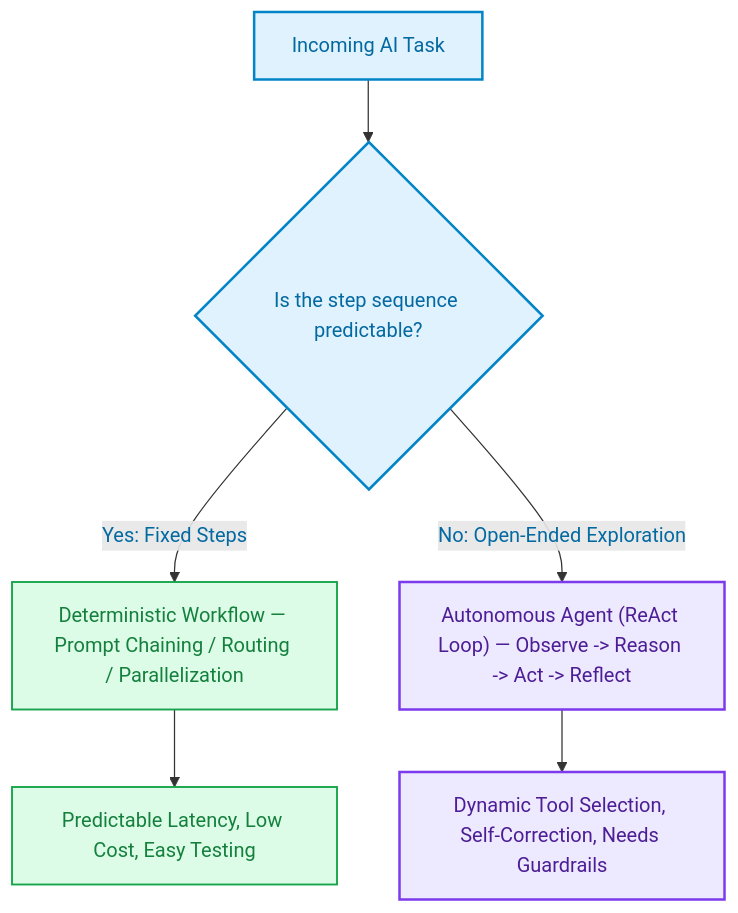
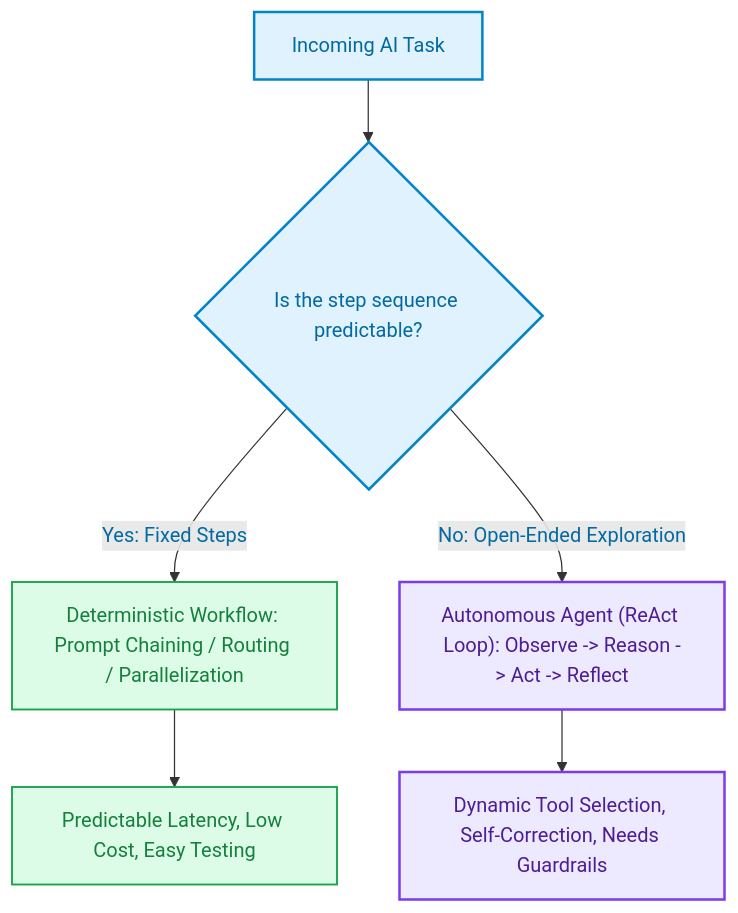
Before and after one commit to FirdowsRahaman/agentic-ai-and-ml-roadmap: the diagram in curriculum/04-agentic-ai/07_ai_agents_fundamentals.md, drawn with Mermaid. The commit also changed other lines of this file and 33 other files, not shown here.

````diff
--- a/curriculum/04-agentic-ai/07_ai_agents_fundamentals.md
+++ b/curriculum/04-agentic-ai/07_ai_agents_fundamentals.md
@@ -15,17 +15,17 @@
 ```mermaid
 flowchart TD
     TASK["Incoming AI Task"] --> GATE{"Is the step sequence predictable?"}
-    GATE -->|"Yes: Fixed Steps"| WF["Deterministic Workflow — Prompt Chaining / Routing / Parallelization"]
-    GATE -->|"No: Open-Ended Exploration"| AG["Autonomous Agent (ReAct Loop) — Observe -> Reason -> Act -> Reflect"]
+    GATE -->|"Yes: Fixed Steps"| WF["Deterministic Workflow: Prompt Chaining / Routing / Parallelization"]
+    GATE -->|"No: Open-Ended Exploration"| AG["Autonomous Agent (ReAct Loop): Observe -> Reason -> Act -> Reflect"]
 
     WF --> FAST["Predictable Latency, Low Cost, Easy Testing"]
     AG --> FLEX["Dynamic Tool Selection, Self-Correction, Needs Guardrails"]
 
     classDef root fill:#E0F2FE,stroke:#0284C7,stroke-width:2px,color:#0369A1;
     classDef wf fill:#DCFCE7,stroke:#16A34A,stroke-width:1.5px,color:#15803D;
     classDef ag fill:#EDE9FE,stroke:#7C3AED,stroke-width:2px,color:#4C1D95;
 
     class TASK,GATE root;
     class WF,FAST wf;
     class AG,FLEX ag;
 ```
````
